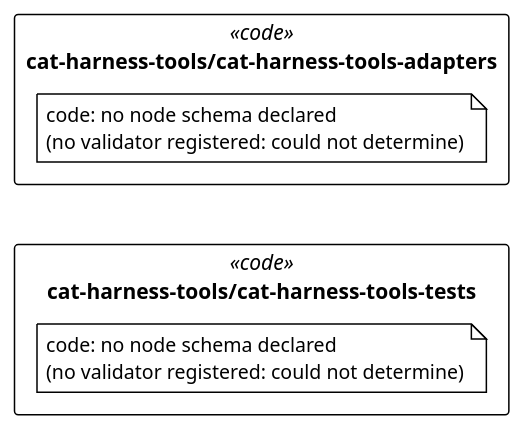
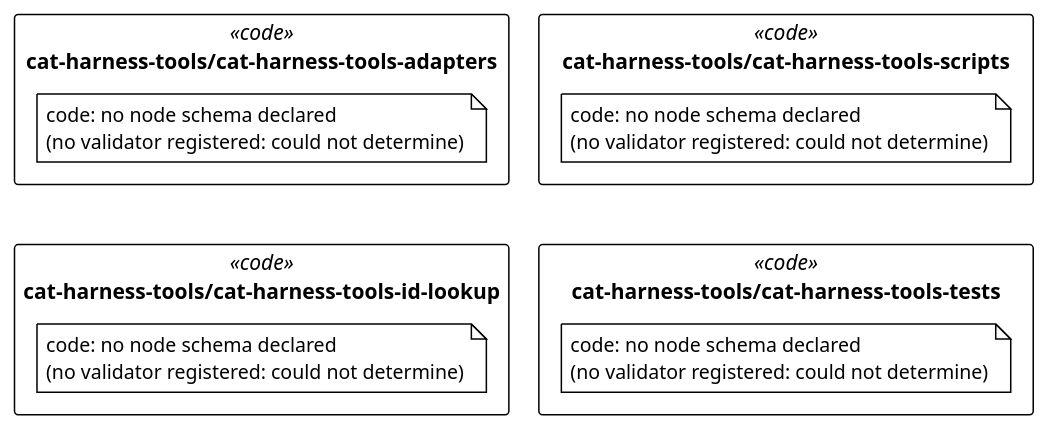
Before and after one commit to litlfred/folio-assistant: the diagram in cat-harness/uml/overview/cat-harness-tools.puml, drawn with PlantUML. The commit also changed 57 other files, not shown here.

```diff
--- a/cat-harness/uml/overview/cat-harness-tools.puml
+++ b/cat-harness/uml/overview/cat-harness-tools.puml
@@ -3,18 +3,25 @@
 @startuml cat_harness_tools
 !pragma layout elk
 !theme plain
 skinparam classAttributeIconSize 0
 skinparam shadowing false
 skinparam packageStyle rectangle
 hide empty methods
 
 package "cat-harness-tools/cat-harness-tools-adapters" as pkg_cat_harness_tools_cat_harness_tools_adapters <<code>> {
   note "code: no node schema declared\n(no validator registered: could not determine)" as n_cat_harness_tools_cat_harness_tools_adapters_code
 }
+package "cat-harness-tools/cat-harness-tools-scripts" as pkg_cat_harness_tools_cat_harness_tools_scripts <<code>> {
+  note "code: no node schema declared\n(no validator registered: could not determine)" as n_cat_harness_tools_cat_harness_tools_scripts_code
+}
+package "cat-harness-tools/cat-harness-tools-id-lookup" as pkg_cat_harness_tools_cat_harness_tools_id_lookup <<code>> {
+  note "code: no node schema declared\n(no validator registered: could not determine)" as n_cat_harness_tools_cat_harness_tools_id_lookup_code
+}
 package "cat-harness-tools/cat-harness-tools-tests" as pkg_cat_harness_tools_cat_harness_tools_tests <<code>> {
   note "code: no node schema declared\n(no validator registered: could not determine)" as n_cat_harness_tools_cat_harness_tools_tests_code
 }
 
-' grid: portrait, 1 column(s) — pkg_cat_harness_tools_cat_harness_tools_adapters pkg_cat_harness_tools_cat_harness_tools_tests
-pkg_cat_harness_tools_cat_harness_tools_adapters -[hidden]down- pkg_cat_harness_tools_cat_harness_tools_tests
+' grid: portrait, 2 column(s) — pkg_cat_harness_tools_cat_harness_tools_adapters pkg_cat_harness_tools_cat_harness_tools_scripts pkg_cat_harness_tools_cat_harness_tools_id_lookup pkg_cat_harness_tools_cat_harness_tools_tests
+pkg_cat_harness_tools_cat_harness_tools_adapters -[hidden]down- pkg_cat_harness_tools_cat_harness_tools_id_lookup
+pkg_cat_harness_tools_cat_harness_tools_scripts -[hidden]down- pkg_cat_harness_tools_cat_harness_tools_tests
 @enduml
```
